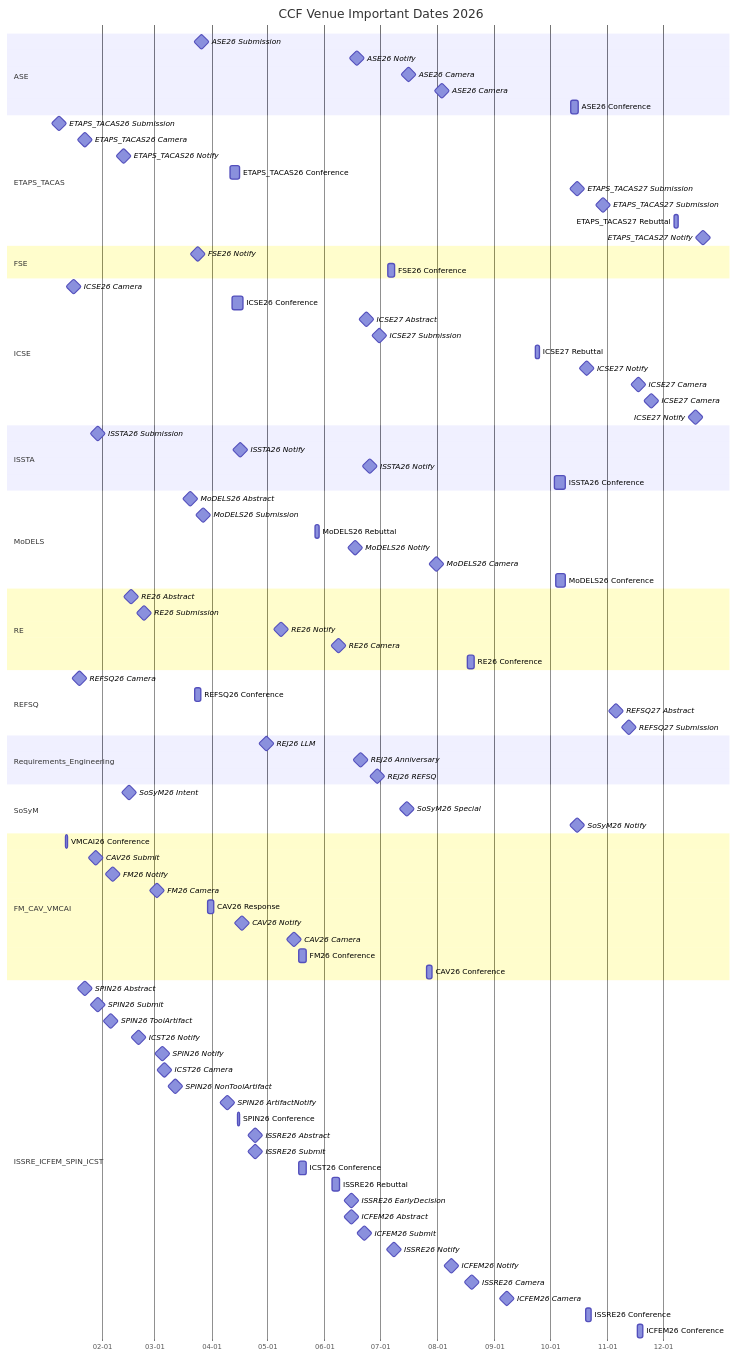
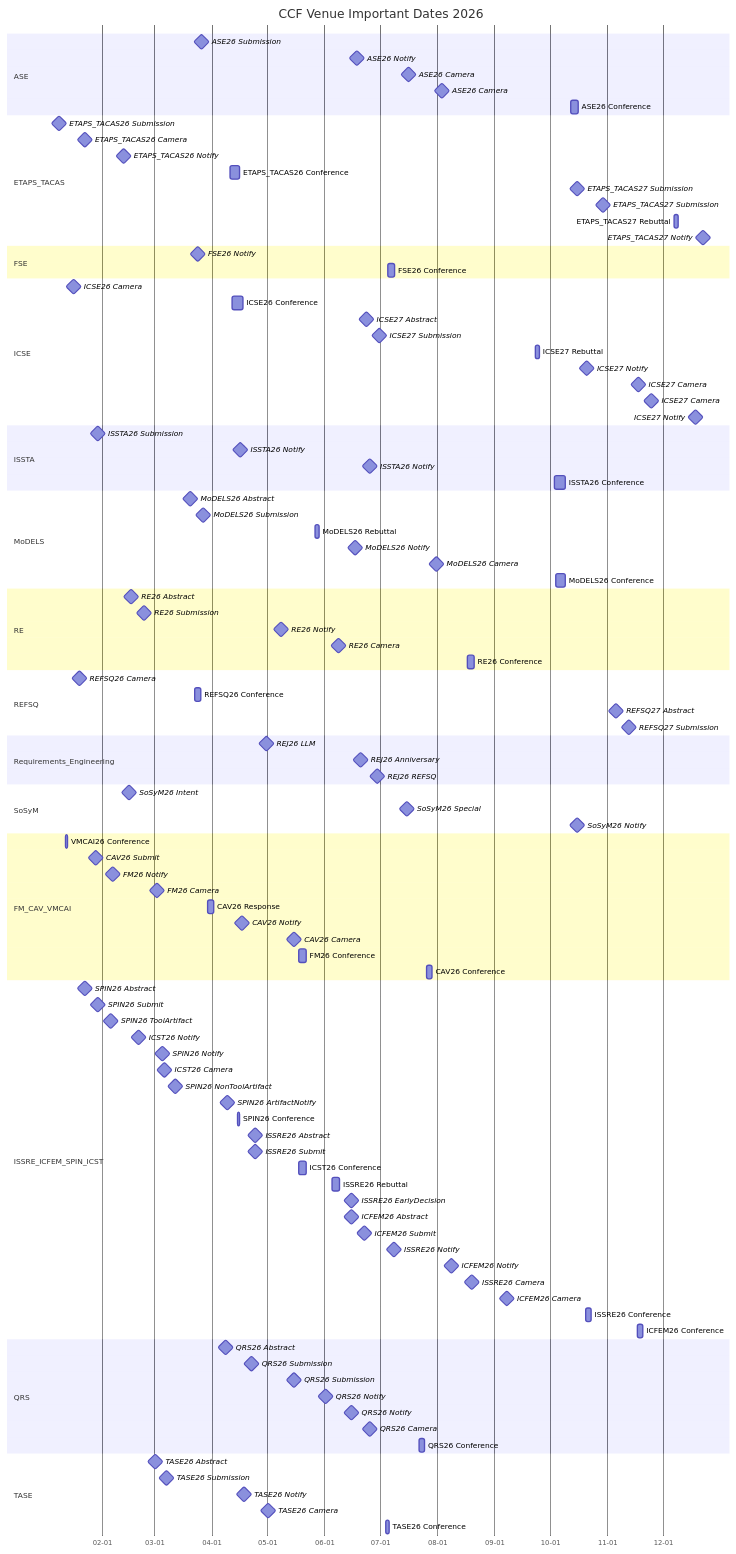
One commit to HansBug/research_ideas changed the third of 9 diagrams in ccf_venues/TIMELINE.md. Above: the diagram before and after it, drawn with Mermaid. The commit also changed other lines of this file and 35 other files, not shown here.

````diff
--- a/ccf_venues/TIMELINE.md
+++ b/ccf_venues/TIMELINE.md
@@ -368,4 +380,20 @@
   ISSRE26 Conference :issre2026_conf, 2026-10-20, 2026-10-23
   ICFEM26 Conference :icfem2026_conf, 2026-11-17, 2026-11-20
 
+
+  section QRS
+  QRS26 Abstract :milestone, qrs_2026_1_20260408, 2026-04-08, 1d
+  QRS26 Submission :milestone, qrs_2026_2_20260422, 2026-04-22, 1d
+  QRS26 Submission :milestone, qrs_2026_3_20260515, 2026-05-15, 1d
+  QRS26 Notify :milestone, qrs_2026_4_20260601, 2026-06-01, 1d
+  QRS26 Notify :milestone, qrs_2026_5_20260615, 2026-06-15, 1d
+  QRS26 Camera :milestone, qrs_2026_6_20260625, 2026-06-25, 1d
+  QRS26 Conference :qrs_2026_7_20260722, 2026-07-22, 2026-07-25
+
+  section TASE
+  TASE26 Abstract :milestone, tase_2026_1_20260301, 2026-03-01, 1d
+  TASE26 Submission :milestone, tase_2026_2_20260307, 2026-03-07, 1d
+  TASE26 Notify :milestone, tase_2026_3_20260418, 2026-04-18, 1d
+  TASE26 Camera :milestone, tase_2026_4_20260501, 2026-05-01, 1d
+  TASE26 Conference :tase_2026_5_20260704, 2026-07-04, 2026-07-06
 ```
````
